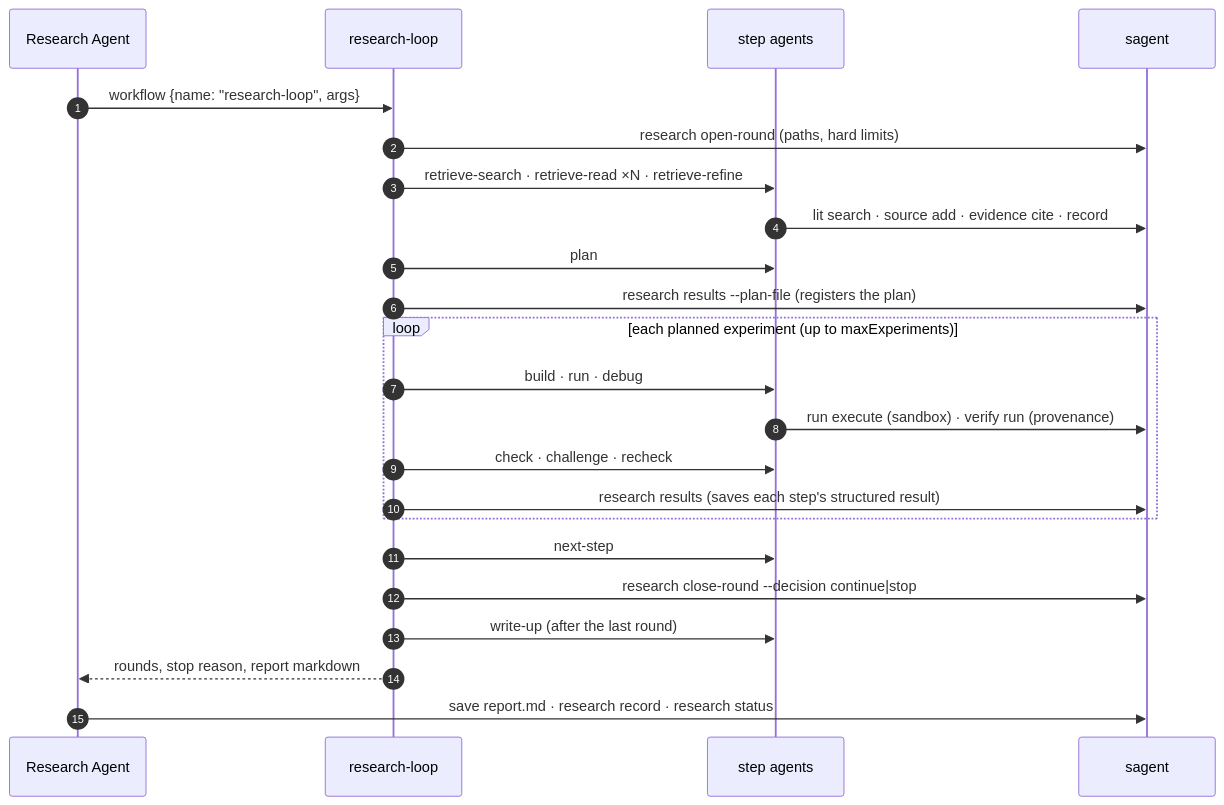
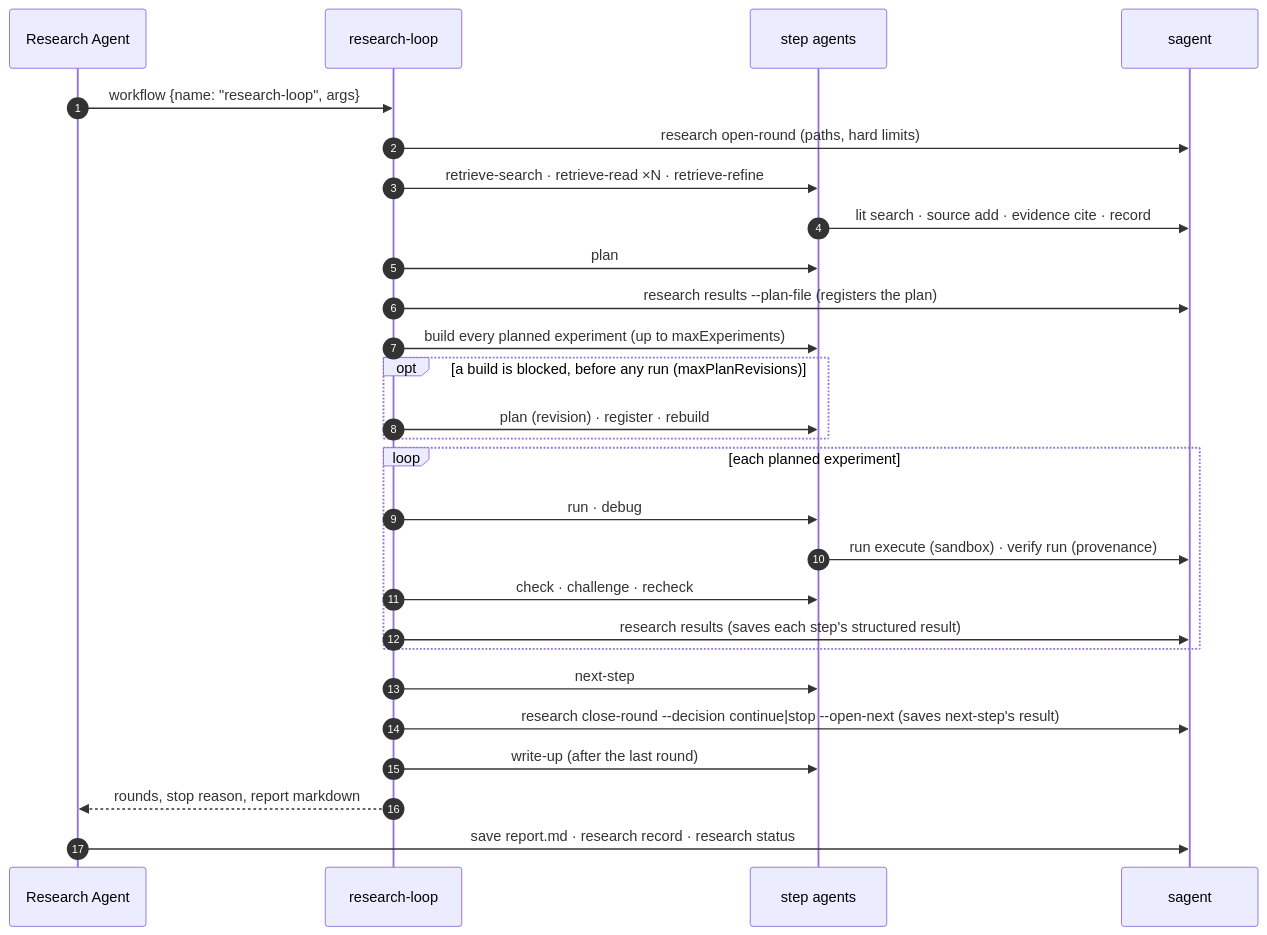
Before and after one commit to xl-lian/deepseek-harness: the second of 2 diagrams in packages/experimental/science-research-bundle/README.md, drawn with Mermaid. The commit also changed other lines of this file and 20 other files, not shown here.

First line of the commit message:
feat(experimental): sync science-agent 0.11.0 plan revision and registration fallback

````diff
--- a/packages/experimental/science-research-bundle/README.md
+++ b/packages/experimental/science-research-bundle/README.md
@@ -68,25 +68,29 @@
 ```mermaid
 sequenceDiagram
   autonumber
   participant A as Research Agent
   participant W as research-loop
   participant S as step agents
   participant T as sagent
   A->>W: workflow {name: "research-loop", args}
   W->>T: research open-round (paths, hard limits)
   W->>S: retrieve-search · retrieve-read ×N · retrieve-refine
   S->>T: lit search · source add · evidence cite · record
   W->>S: plan
   W->>T: research results --plan-file (registers the plan)
-  loop each planned experiment (up to maxExperiments)
-    W->>S: build · run · debug
+  W->>S: build every planned experiment (up to maxExperiments)
+  opt a build is blocked, before any run (maxPlanRevisions)
+    W->>S: plan (revision) · register · rebuild
+  end
+  loop each planned experiment
+    W->>S: run · debug
     S->>T: run execute (sandbox) · verify run (provenance)
     W->>S: check · challenge · recheck
     W->>T: research results (saves each step's structured result)
   end
   W->>S: next-step
-  W->>T: research close-round --decision continue|stop
+  W->>T: research close-round --decision continue|stop --open-next (saves next-step's result)
   W->>S: write-up (after the last round)
   W-->>A: rounds, stop reason, report markdown
   A->>T: save report.md · research record · research status
 ```
````
